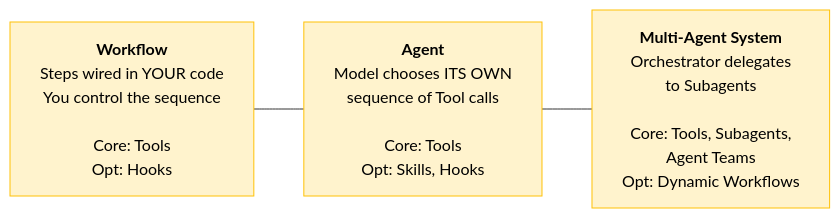
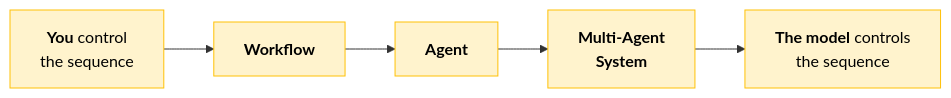
One commit to shreyabaid007/Claude-Certified-Architect changed the second of 4 diagrams in Professional/01-Claude-Platform-and-Solution-Design/02-Platform-Map-and-Primitives.md. Above: the diagram before and after it, drawn with Mermaid. The commit also changed other lines of this file and 4 other files, not shown here.

````diff
--- a/Professional/01-Claude-Platform-and-Solution-Design/02-Platform-Map-and-Primitives.md
+++ b/Professional/01-Claude-Platform-and-Solution-Design/02-Platform-Map-and-Primitives.md
@@ -75,10 +81,14 @@
 ```mermaid
 flowchart LR
     classDef concept fill:#fff3cd,stroke:#ffc107,color:#000
 
-    W["<b>Workflow</b><br/>Steps wired in YOUR code<br/>You control the sequence<br/><br/>Core: Tools<br/>Opt: Hooks"]:::concept
-    A["<b>Agent</b><br/>Model chooses ITS OWN<br/>sequence of Tool calls<br/><br/>Core: Tools<br/>Opt: Skills, Hooks"]:::concept
-    MA["<b>Multi-Agent System</b><br/>Orchestrator delegates<br/>to Subagents<br/><br/>Core: Tools, Subagents,<br/>Agent Teams<br/>Opt: Dynamic Workflows"]:::concept
+    Y["<b>You</b> control<br/>the sequence"]
+    W["<b>Workflow</b>"]
+    A["<b>Agent</b>"]
+    MA["<b>Multi-Agent<br/>System</b>"]
+    M["<b>The model</b> controls<br/>the sequence"]
 
-    W --- A --- MA
+    Y --> W --> A --> MA --> M
+
+    class Y,W,A,MA,M concept
 ```
````
